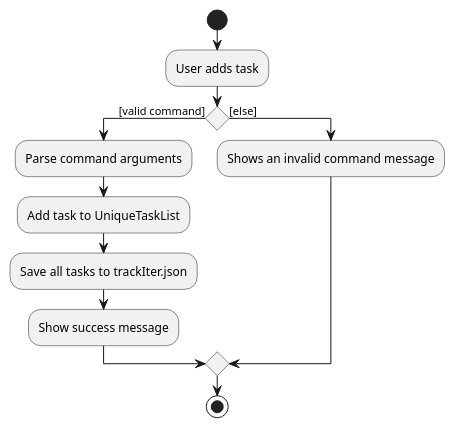
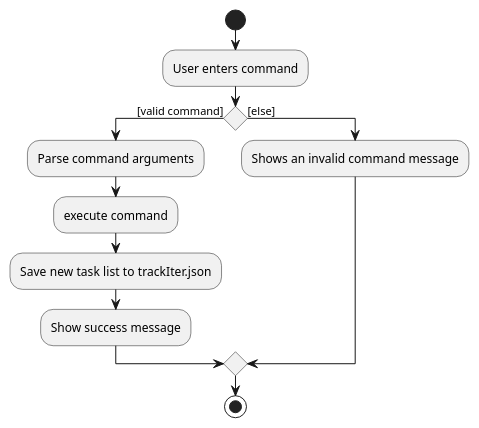
Before and after one commit to simonteozw/tp: the diagram in docs/diagrams/AddTaskActivityDiagram.puml, drawn with PlantUML. The commit also changed 7 other files, not shown here.

Commit message:
Add Sequence diagrams for add delete and edit commands

```diff
--- a/docs/diagrams/AddTaskActivityDiagram.puml
+++ b/docs/diagrams/AddTaskActivityDiagram.puml
@@ -1,17 +1,17 @@
 @startuml
 start
-:User adds task;
+:User enters command;
 
 'Since the beta syntax does not support placing the condition outside the
 'diamond we place it as the true branch instead.
 
 if () then ([valid command])
     :Parse command arguments;
-    :Add task to UniqueTaskList;
-    :Save all tasks to trackIter.json;
+    :execute command;
+    :Save new task list to trackIter.json;
     :Show success message;
 else ([else])
     :Shows an invalid command message;
 endif
 stop
 @enduml
```
